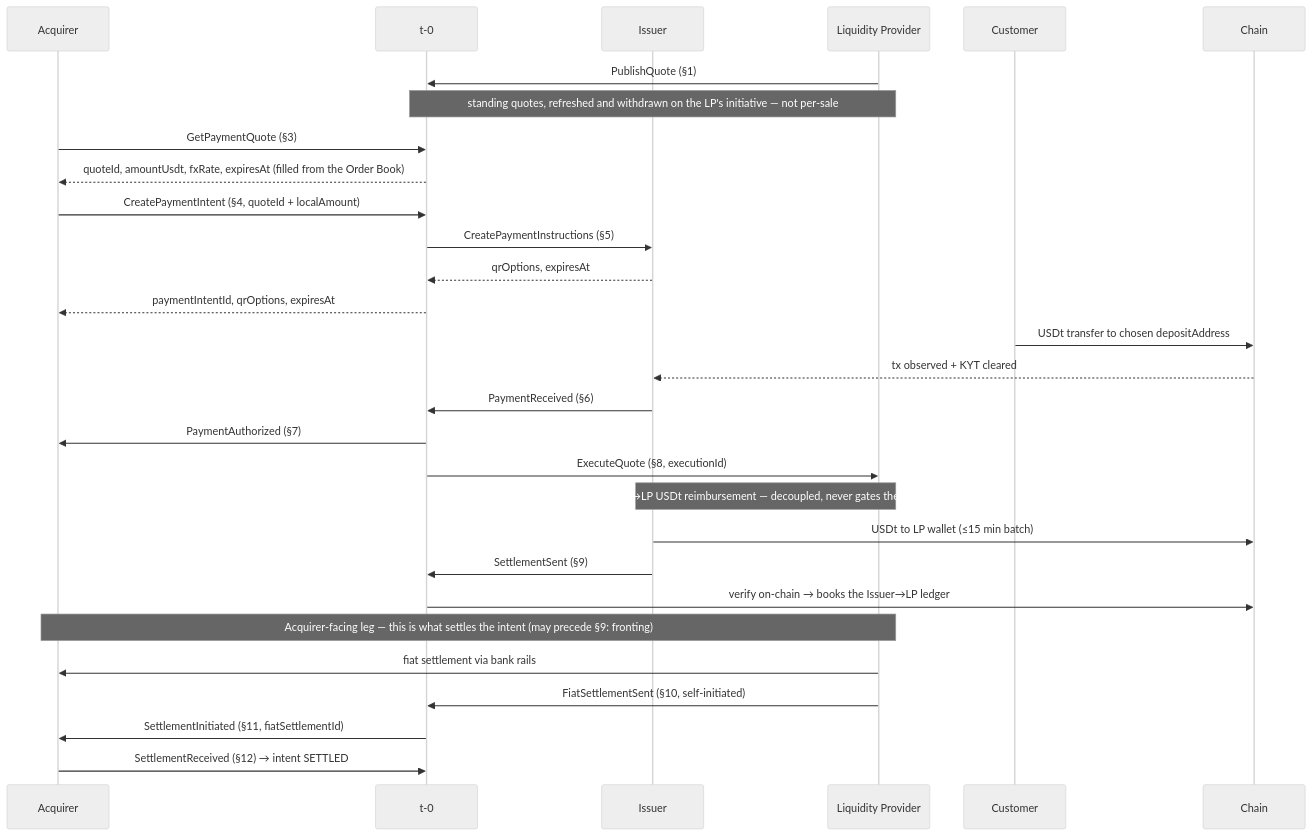
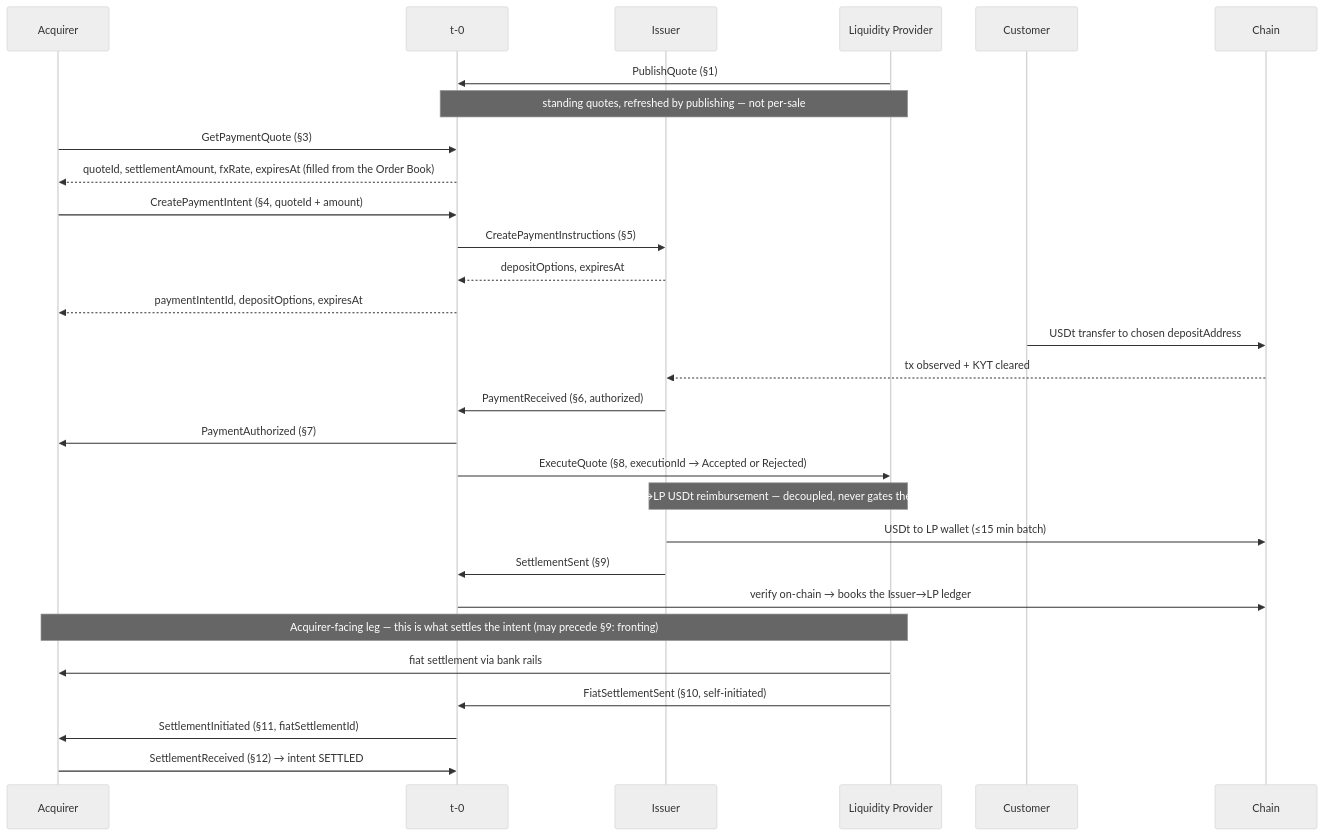
One commit to t-0-network/usdt-pay-docs changed the third of 4 diagrams in content/docs/payments/how-it-works.md. Above: the diagram before and after it, drawn with Mermaid (neutral theme). The commit also changed other lines of this file and 4 other files, not shown here.

First line of the commit message:
docs: realign prose and diagrams with the new pay contract (#19)

````diff
--- a/content/docs/payments/how-it-works.md
+++ b/content/docs/payments/how-it-works.md
@@ -57,38 +74,38 @@
 ```mermaid
 sequenceDiagram
     participant ACQ as Acquirer
     participant T0 as t-0
     participant ISS as Issuer
     participant LP as Liquidity Provider
     participant CUS as Customer
     participant BC as Chain
 
     LP->>T0: PublishQuote (§1)
-    Note over T0,LP: standing quotes, refreshed and withdrawn on the LP's initiative — not per-sale
+    Note over T0,LP: standing quotes, refreshed by publishing — not per-sale
 
     ACQ->>T0: GetPaymentQuote (§3)
-    T0-->>ACQ: quoteId, amountUsdt, fxRate, expiresAt (filled from the Order Book)
+    T0-->>ACQ: quoteId, settlementAmount, fxRate, expiresAt (filled from the Order Book)
 
-    ACQ->>T0: CreatePaymentIntent (§4, quoteId + localAmount)
+    ACQ->>T0: CreatePaymentIntent (§4, quoteId + amount)
     T0->>ISS: CreatePaymentInstructions (§5)
-    ISS-->>T0: qrOptions, expiresAt
-    T0-->>ACQ: paymentIntentId, qrOptions, expiresAt
+    ISS-->>T0: depositOptions, expiresAt
+    T0-->>ACQ: paymentIntentId, depositOptions, expiresAt
 
     CUS->>BC: USDt transfer to chosen depositAddress
     BC-->>ISS: tx observed + KYT cleared
 
-    ISS->>T0: PaymentReceived (§6)
+    ISS->>T0: PaymentReceived (§6, authorized)
     T0->>ACQ: PaymentAuthorized (§7)
-    T0->>LP: ExecuteQuote (§8, executionId)
+    T0->>LP: ExecuteQuote (§8, executionId → Accepted or Rejected)
 
     Note over ISS,LP: Issuer→LP USDt reimbursement — decoupled, never gates the intent
     ISS->>BC: USDt to LP wallet (≤15 min batch)
     ISS->>T0: SettlementSent (§9)
     T0->>BC: verify on-chain → books the Issuer→LP ledger
 
     Note over ACQ,LP: Acquirer-facing leg — this is what settles the intent (may precede §9: fronting)
     LP->>ACQ: fiat settlement via bank rails
     LP->>T0: FiatSettlementSent (§10, self-initiated)
     T0->>ACQ: SettlementInitiated (§11, fiatSettlementId)
     ACQ->>T0: SettlementReceived (§12) → intent SETTLED
 ```
````
